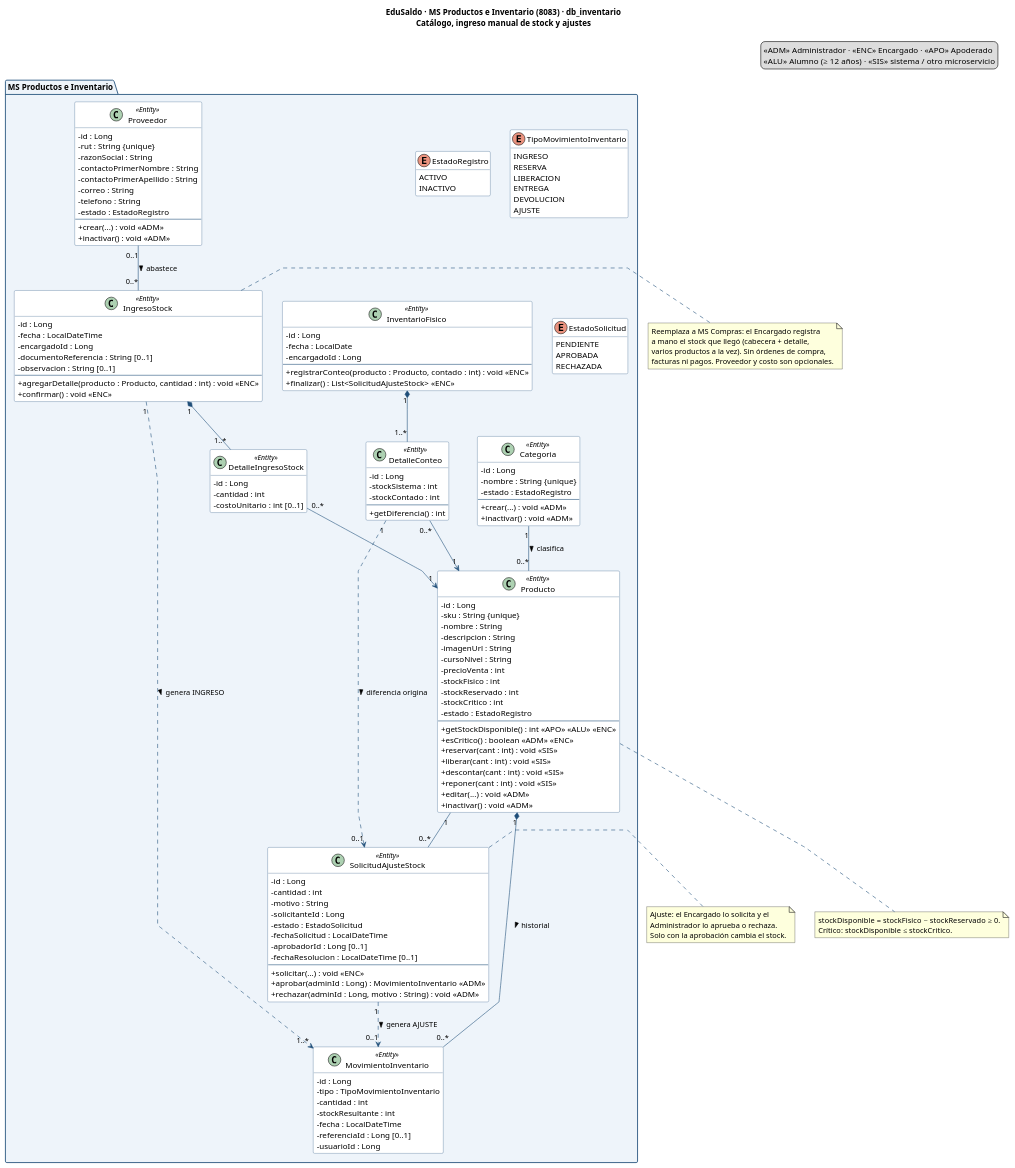
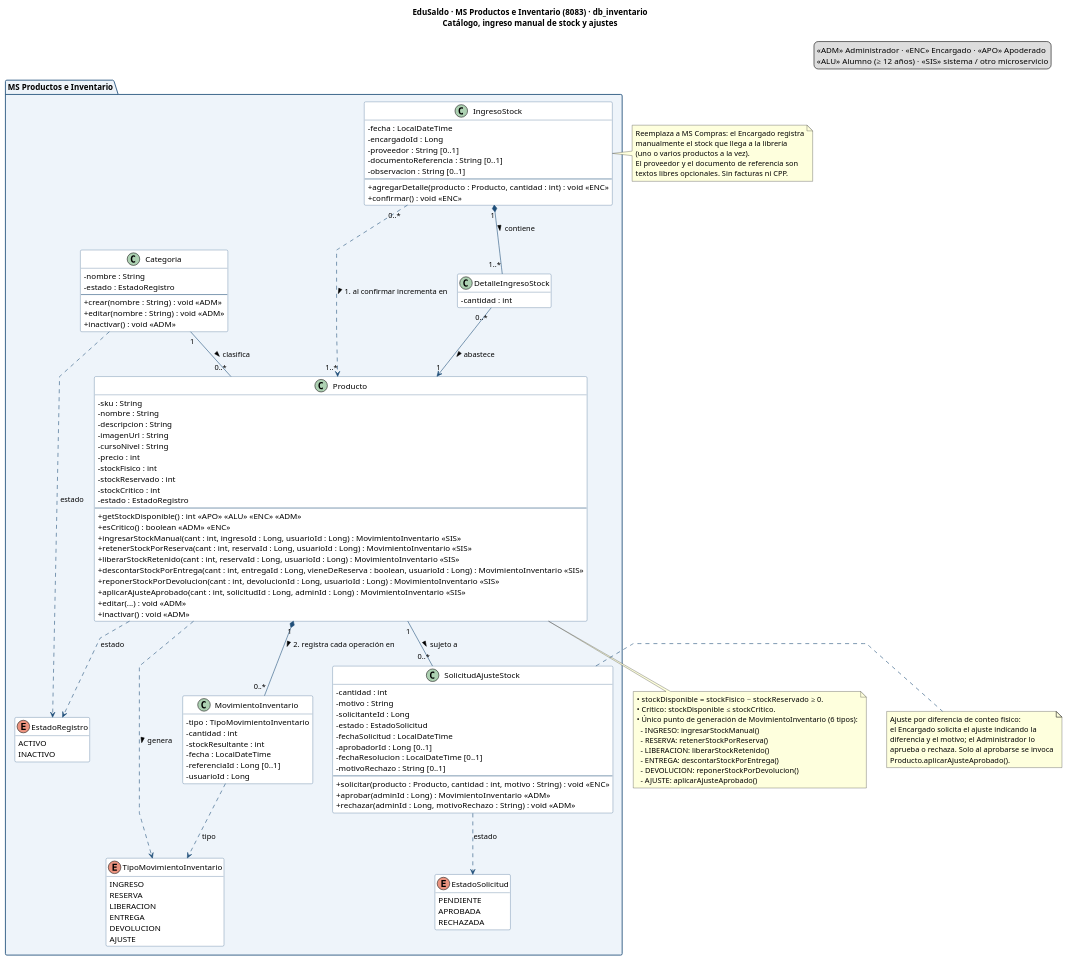
The diagram in docs/03_ms_productos_inventario.puml (antoniojarasanchez/edusaldo-ms-productos-inventario), drawn with PlantUML before and after one commit. The commit also changed 1 other file, not shown here.

Commit message:
actualizar diagrama

```diff
--- a/docs/03_ms_productos_inventario.puml
+++ b/docs/03_ms_productos_inventario.puml
@@ -1,179 +1,159 @@
 @startuml 03_ms_productos_inventario
 skinparam classAttributeIconSize 0
 skinparam shadowing false
 skinparam linetype polyline
 skinparam class {
   BackgroundColor #FFFFFF
   BorderColor #1F4E79
   ArrowColor #1F4E79
 }
 skinparam package {
   BorderColor #1F4E79
   BackgroundColor #EEF4FA
 }
 hide empty members
 title EduSaldo · MS Productos e Inventario (8083) · db_inventario\nCatálogo, ingreso manual de stock y ajustes
 
 legend top right
   «ADM» Administrador · «ENC» Encargado · «APO» Apoderado
   «ALU» Alumno (≥ 12 años) · «SIS» sistema / otro microservicio
 endlegend
 
 package "MS Productos e Inventario" {
 
   enum EstadoRegistro {
     ACTIVO
     INACTIVO
   }
 
   enum TipoMovimientoInventario {
     INGRESO
     RESERVA
     LIBERACION
     ENTREGA
     DEVOLUCION
     AJUSTE
   }
 
   enum EstadoSolicitud {
     PENDIENTE
     APROBADA
     RECHAZADA
   }
 
-  class Categoria <<Entity>> {
-    - id : Long
-    - nombre : String {unique}
+  class Categoria {
+    - nombre : String
     - estado : EstadoRegistro
     --
-    + crear(...) : void «ADM»
+    + crear(nombre : String) : void «ADM»
+    + editar(nombre : String) : void «ADM»
     + inactivar() : void «ADM»
   }
 
-  class Producto <<Entity>> {
-    - id : Long
-    - sku : String {unique}
+  class Producto {
+    - sku : String
     - nombre : String
     - descripcion : String
     - imagenUrl : String
     - cursoNivel : String
-    - precioVenta : int
+    - precio : int
     - stockFisico : int
     - stockReservado : int
     - stockCritico : int
     - estado : EstadoRegistro
     --
-    + getStockDisponible() : int «APO» «ALU» «ENC»
+    + getStockDisponible() : int «APO» «ALU» «ENC» «ADM»
     + esCritico() : boolean «ADM» «ENC»
-    + reservar(cant : int) : void «SIS»
-    + liberar(cant : int) : void «SIS»
-    + descontar(cant : int) : void «SIS»
-    + reponer(cant : int) : void «SIS»
+    + ingresarStockManual(cant : int, ingresoId : Long, usuarioId : Long) : MovimientoInventario «SIS»
+    + retenerStockPorReserva(cant : int, reservaId : Long, usuarioId : Long) : MovimientoInventario «SIS»
+    + liberarStockRetenido(cant : int, reservaId : Long, usuarioId : Long) : MovimientoInventario «SIS»
+    + descontarStockPorEntrega(cant : int, entregaId : Long, vieneDeReserva : boolean, usuarioId : Long) : MovimientoInventario «SIS»
+    + reponerStockPorDevolucion(cant : int, devolucionId : Long, usuarioId : Long) : MovimientoInventario «SIS»
+    + aplicarAjusteAprobado(cant : int, solicitudId : Long, adminId : Long) : MovimientoInventario «SIS»
     + editar(...) : void «ADM»
     + inactivar() : void «ADM»
   }
 
-  class Proveedor <<Entity>> {
-    - id : Long
-    - rut : String {unique}
-    - razonSocial : String
-    - contactoPrimerNombre : String
-    - contactoPrimerApellido : String
-    - correo : String
-    - telefono : String
-    - estado : EstadoRegistro
-    --
-    + crear(...) : void «ADM»
-    + inactivar() : void «ADM»
-  }
-
-  class IngresoStock <<Entity>> {
-    - id : Long
+  class IngresoStock {
     - fecha : LocalDateTime
     - encargadoId : Long
+    - proveedor : String [0..1]
     - documentoReferencia : String [0..1]
     - observacion : String [0..1]
     --
     + agregarDetalle(producto : Producto, cantidad : int) : void «ENC»
     + confirmar() : void «ENC»
   }
 
-  class DetalleIngresoStock <<Entity>> {
-    - id : Long
+  class DetalleIngresoStock {
     - cantidad : int
-    - costoUnitario : int [0..1]
   }
 
-  class MovimientoInventario <<Entity>> {
-    - id : Long
+  class SolicitudAjusteStock {
+    - cantidad : int
+    - motivo : String
+    - solicitanteId : Long
+    - estado : EstadoSolicitud
+    - fechaSolicitud : LocalDateTime
+    - aprobadorId : Long [0..1]
+    - fechaResolucion : LocalDateTime [0..1]
+    - motivoRechazo : String [0..1]
+    --
+    + solicitar(producto : Producto, cantidad : int, motivo : String) : void «ENC»
+    + aprobar(adminId : Long) : MovimientoInventario «ADM»
+    + rechazar(adminId : Long, motivoRechazo : String) : void «ADM»
+  }
+
+  class MovimientoInventario {
     - tipo : TipoMovimientoInventario
     - cantidad : int
     - stockResultante : int
     - fecha : LocalDateTime
     - referenciaId : Long [0..1]
     - usuarioId : Long
   }
-
-  class SolicitudAjusteStock <<Entity>> {
-    - id : Long
-    - cantidad : int
-    - motivo : String
-    - solicitanteId : Long
-    - estado : EstadoSolicitud
-    - fechaSolicitud : LocalDateTime
-    - aprobadorId : Long [0..1]
-    - fechaResolucion : LocalDateTime [0..1]
-    --
-    + solicitar(...) : void «ENC»
-    + aprobar(adminId : Long) : MovimientoInventario «ADM»
-    + rechazar(adminId : Long, motivo : String) : void «ADM»
-  }
-
-  class InventarioFisico <<Entity>> {
-    - id : Long
-    - fecha : LocalDate
-    - encargadoId : Long
-    --
-    + registrarConteo(producto : Producto, contado : int) : void «ENC»
-    + finalizar() : List<SolicitudAjusteStock> «ENC»
-  }
-
-  class DetalleConteo <<Entity>> {
-    - id : Long
-    - stockSistema : int
-    - stockContado : int
-    --
-    + getDiferencia() : int
-  }
 }
 
+' Relaciones de dominio internas
 Categoria "1" -- "0..*" Producto : clasifica >
-Proveedor "0..1" -- "0..*" IngresoStock : abastece >
-IngresoStock "1" *-- "1..*" DetalleIngresoStock
-DetalleIngresoStock "0..*" --> "1" Producto
-Producto "1" *-- "0..*" MovimientoInventario : historial >
-IngresoStock "1" ..> "1..*" MovimientoInventario : genera INGRESO >
-Producto "1" -- "0..*" SolicitudAjusteStock
-SolicitudAjusteStock "1" ..> "0..1" MovimientoInventario : genera AJUSTE >
-InventarioFisico "1" *-- "1..*" DetalleConteo
-DetalleConteo "0..*" --> "1" Producto
-DetalleConteo "1" ..> "0..1" SolicitudAjusteStock : diferencia origina >
+IngresoStock "1" *-- "1..*" DetalleIngresoStock : contiene >
+DetalleIngresoStock "0..*" --> "1" Producto : abastece >
+IngresoStock "0..*" ..> "1..*" Producto : 1. al confirmar incrementa en >
+Producto "1" -- "0..*" SolicitudAjusteStock : sujeto a >
+Producto "1" *-- "0..*" MovimientoInventario : 2. registra cada operación en >
+
+' Conexión de Enums con sus Clases
+Categoria ..> EstadoRegistro : estado
+Producto ..> EstadoRegistro : estado
+Producto ..> TipoMovimientoInventario : genera >
+MovimientoInventario ..> TipoMovimientoInventario : tipo
+SolicitudAjusteStock ..> EstadoSolicitud : estado
 
 note right of IngresoStock
   Reemplaza a MS Compras: el Encargado registra
-  a mano el stock que llegó (cabecera + detalle,
-  varios productos a la vez). Sin órdenes de compra,
-  facturas ni pagos. Proveedor y costo son opcionales.
+  manualmente el stock que llega a la librería
+  (uno o varios productos a la vez).
+  El proveedor y el documento de referencia son
+  textos libres opcionales. Sin facturas ni CPP.
 end note
 
 note right of SolicitudAjusteStock
-  Ajuste: el Encargado lo solicita y el
-  Administrador lo aprueba o rechaza.
-  Solo con la aprobación cambia el stock.
+  Ajuste por diferencia de conteo físico:
+  el Encargado solicita el ajuste indicando la
+  diferencia y el motivo; el Administrador lo
+  aprueba o rechaza. Solo al aprobarse se invoca
+  Producto.aplicarAjusteAprobado().
 end note
 
 note bottom of Producto
-  stockDisponible = stockFisico − stockReservado ≥ 0.
-  Crítico: stockDisponible ≤ stockCritico.
+  • stockDisponible = stockFisico − stockReservado ≥ 0.
+  • Crítico: stockDisponible ≤ stockCritico.
+  • Único punto de generación de MovimientoInventario (6 tipos):
+    - INGRESO: ingresarStockManual()
+    - RESERVA: retenerStockPorReserva()
+    - LIBERACION: liberarStockRetenido()
+    - ENTREGA: descontarStockPorEntrega()
+    - DEVOLUCION: reponerStockPorDevolucion()
+    - AJUSTE: aplicarAjusteAprobado()
 end note
 @enduml
```
